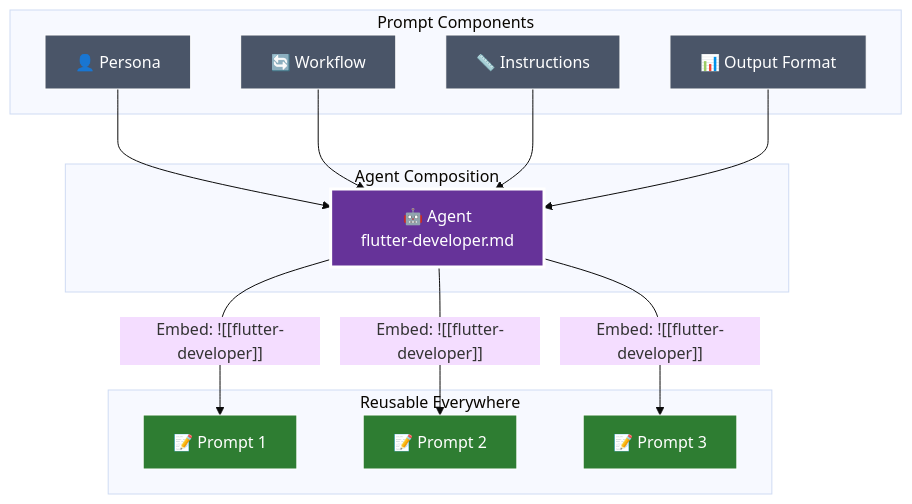
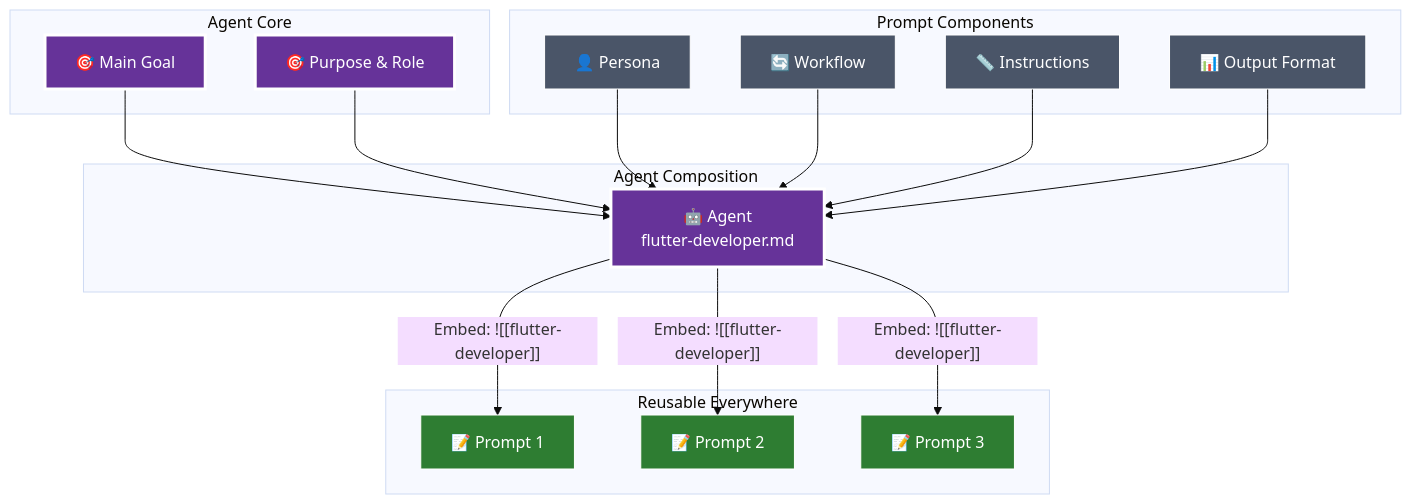
The third of 9 diagrams in README.md (its-brianwithai/pew-pew-plx), drawn with Mermaid (base theme) before and after one commit. The commit also changed other lines of this file and 17 other files, not shown here.

````diff
--- a/README.md
+++ b/README.md
@@ -193,37 +209,46 @@
 ```mermaid
 graph TD
+    subgraph "Agent Core"
+        MG[🎯 Main Goal]
+        PR[🎯 Purpose & Role]
+    end
+    
     subgraph "Prompt Components"
         P1[👤 Persona]
         W1[🔄 Workflow]
         I1[📏 Instructions]
         O1[📊 Output Format]
     end
     
     subgraph "Agent Composition"
         A[🤖 Agent<br/>flutter-developer.md]
     end
     
     subgraph "Reusable Everywhere"
         PR1[📝 Prompt 1]
         PR2[📝 Prompt 2]
         PR3[📝 Prompt 3]
     end
     
+    MG --> A
+    PR --> A
     P1 --> A
     W1 --> A
     I1 --> A
     O1 --> A
     
     A -->|"Embed: ![[flutter-developer]]"| PR1
     A -->|"Embed: ![[flutter-developer]]"| PR2
     A -->|"Embed: ![[flutter-developer]]"| PR3
     
+    style MG fill:#663399,stroke:#fff,stroke-width:3px,color:#fff
+    style PR fill:#663399,stroke:#fff,stroke-width:3px,color:#fff
     style A fill:#663399,stroke:#fff,stroke-width:3px,color:#fff
     style P1 fill:#4a5568,stroke:#fff,color:#fff
     style W1 fill:#4a5568,stroke:#fff,color:#fff
     style I1 fill:#4a5568,stroke:#fff,color:#fff
     style O1 fill:#4a5568,stroke:#fff,color:#fff
     style PR1 fill:#2e7d32,stroke:#fff,color:#fff
     style PR2 fill:#2e7d32,stroke:#fff,color:#fff
     style PR3 fill:#2e7d32,stroke:#fff,color:#fff
 ```
````
